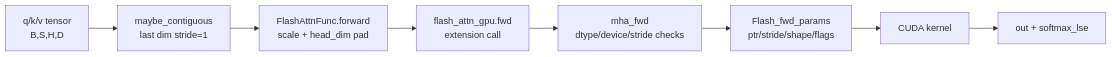
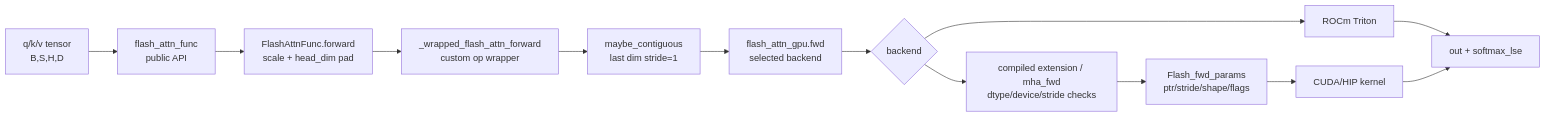
One commit to OnlyHero5/sglang-reading-vault changed the first of 2 diagrams in flash-attn_reading/Python与绑定/Python-API/FlashAttention-Python-API-数据流.md. Above: the diagram before and after it, drawn with Mermaid. The commit also changed other lines of this file and 512 other files, not shown here.

````diff
--- a/flash-attn_reading/Python与绑定/Python-API/FlashAttention-Python-API-数据流.md
+++ b/flash-attn_reading/Python与绑定/Python-API/FlashAttention-Python-API-数据流.md
@@ -27,12 +27,18 @@
 ```mermaid
 flowchart LR
     T["q/k/v tensor<br/>B,S,H,D"]
+    API["flash_attn_func<br/>public API"]
+    A["FlashAttnFunc.forward<br/>scale + head_dim pad"]
+    W["_wrapped_flash_attn_forward<br/>custom op wrapper"]
     M["maybe_contiguous<br/>last dim stride=1"]
-    A["FlashAttnFunc.forward<br/>scale + head_dim pad"]
-    E["flash_attn_gpu.fwd<br/>extension call"]
-    C["mha_fwd<br/>dtype/device/stride checks"]
+    E["flash_attn_gpu.fwd<br/>selected backend"]
+    B{"backend"}
+    R["ROCm Triton"]
+    C["compiled extension / mha_fwd<br/>dtype/device/stride checks"]
     P["Flash_fwd_params<br/>ptr/stride/shape/flags"]
-    K["CUDA kernel"]
+    K["CUDA/HIP kernel"]
     O["out + softmax_lse"]
-    T --> M --> A --> E --> C --> P --> K --> O
+    T --> API --> A --> W --> M --> E --> B
+    B --> R --> O
+    B --> C --> P --> K --> O
 ```
````
